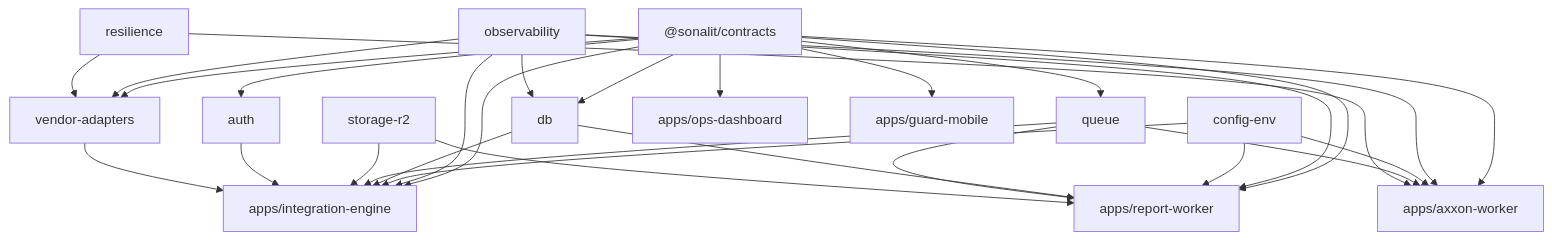
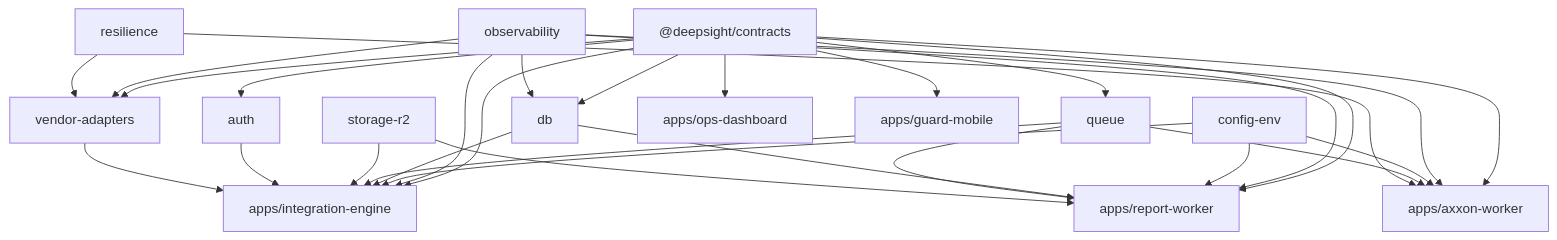
One commit to fleetsatpro/UltimateFleet changed the diagram in docs/architecture/02-REPOSITORY-STRUCTURE.md. Above: the diagram before and after it, drawn with Mermaid. The commit also changed other lines of this file and 3 other files, not shown here.

````diff
--- a/docs/architecture/02-REPOSITORY-STRUCTURE.md
+++ b/docs/architecture/02-REPOSITORY-STRUCTURE.md
@@ -325,21 +328,21 @@
 ```mermaid
 flowchart TD
-  contracts["@sonalit/contracts"]
+  contracts["@deepsight/contracts"]
   cfg["config-env"]; obs["observability"]; res["resilience"]
   db["db"]; queue["queue"]; r2["storage-r2"]; auth["auth"]
   va["vendor-adapters"]
 
   engine["apps/integration-engine"]
   axxon["apps/axxon-worker"]
   report["apps/report-worker"]
   dash["apps/ops-dashboard"]
   mobile["apps/guard-mobile"]
 
   contracts --> db & va & queue & auth & engine & axxon & report & dash & mobile
   obs --> db & va & engine & axxon & report
   res --> va
   cfg --> engine & axxon & report
   db & queue & r2 & auth & va --> engine
   queue & res --> axxon
   db & queue & r2 --> report
 ```
````
